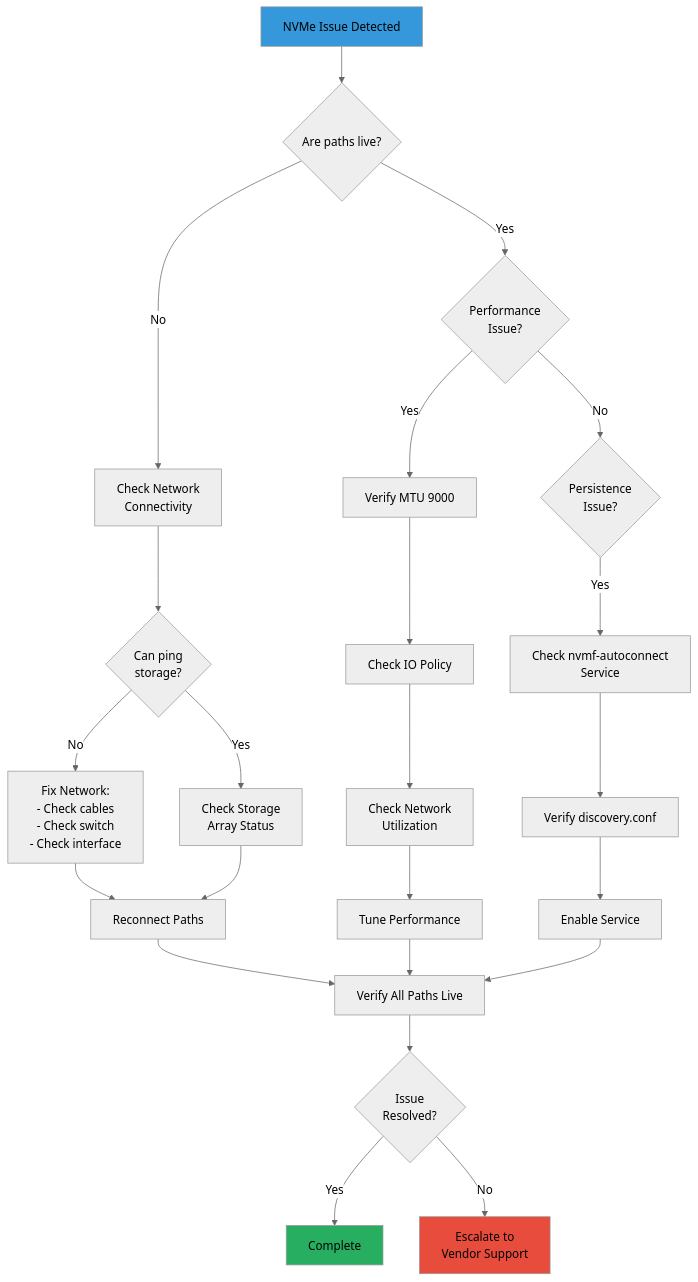
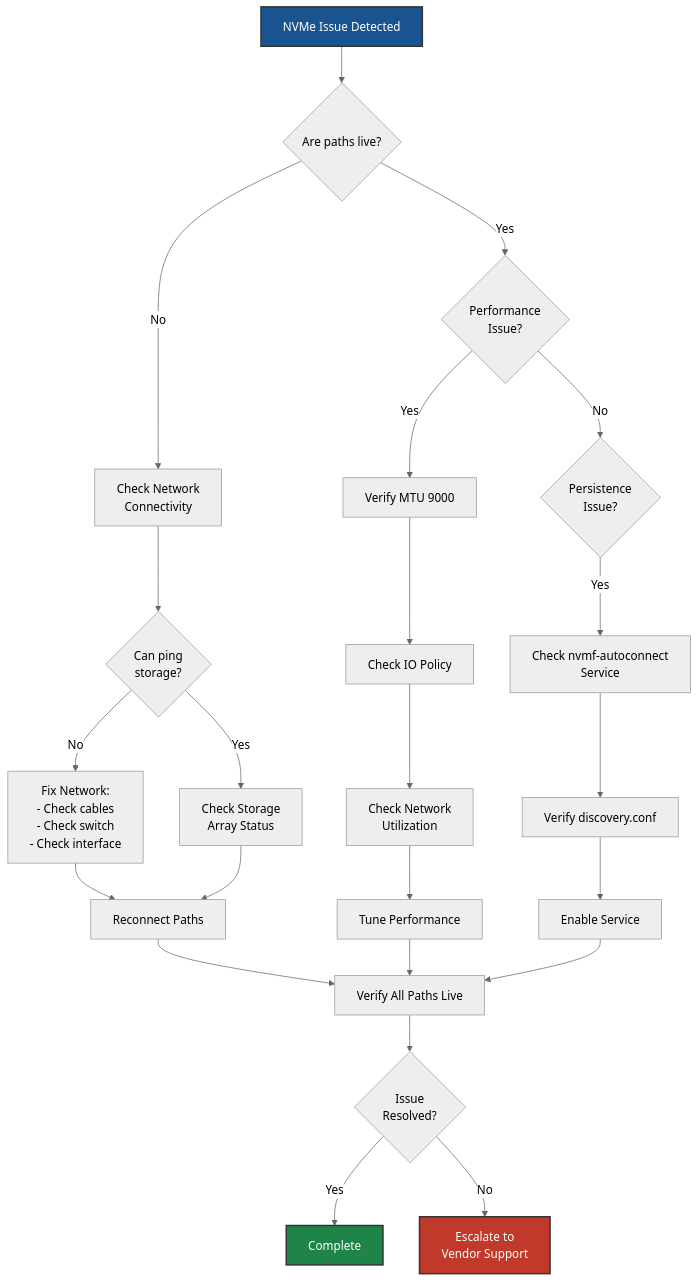
The eighth of 8 diagrams in Proxmox/nvme-tcp/BEST-PRACTICES.md (khensler/Quickstart-Guides), drawn with Mermaid (neutral theme) before and after one commit. The commit also changed other lines of this file and 106 other files, not shown here.

````diff
--- a/Proxmox/nvme-tcp/BEST-PRACTICES.md
+++ b/Proxmox/nvme-tcp/BEST-PRACTICES.md
@@ -1738,39 +1789,39 @@
 ```mermaid
 graph TD
     START[NVMe Issue Detected]
 
     START --> CHECK_PATHS{Are paths live?}
 
     CHECK_PATHS -->|No| CHECK_NET[Check Network<br/>Connectivity]
     CHECK_NET --> PING{Can ping<br/>storage?}
     PING -->|No| FIX_NET[Fix Network:<br/>- Check cables<br/>- Check switch<br/>- Check interface]
     PING -->|Yes| CHECK_STORAGE[Check Storage<br/>Array Status]
 
     CHECK_PATHS -->|Yes| CHECK_PERF{Performance<br/>Issue?}
 
     CHECK_PERF -->|Yes| CHECK_MTU[Verify MTU 9000]
     CHECK_MTU --> CHECK_IOPOLICY[Check IO Policy]
     CHECK_IOPOLICY --> CHECK_LOAD[Check Network<br/>Utilization]
 
     CHECK_PERF -->|No| CHECK_PERSIST{Persistence<br/>Issue?}
 
     CHECK_PERSIST -->|Yes| CHECK_SERVICE[Check nvmf-autoconnect<br/>Service]
     CHECK_SERVICE --> CHECK_CONFIG[Verify discovery.conf]
 
     FIX_NET --> RECONNECT[Reconnect Paths]
     CHECK_STORAGE --> RECONNECT
     CHECK_LOAD --> TUNE[Tune Performance]
     CHECK_CONFIG --> ENABLE_SERVICE[Enable Service]
 
     RECONNECT --> VERIFY[Verify All Paths Live]
     TUNE --> VERIFY
     ENABLE_SERVICE --> VERIFY
 
     VERIFY --> RESOLVED{Issue<br/>Resolved?}
     RESOLVED -->|Yes| END[Complete]
     RESOLVED -->|No| ESCALATE[Escalate to<br/>Vendor Support]
 
-    style START fill:#3498db
-    style END fill:#27ae60
-    style ESCALATE fill:#e74c3c
+    style START fill:#1a5490,stroke:#333,stroke-width:2px,color:#fff
+    style END fill:#1e8449,stroke:#333,stroke-width:2px,color:#fff
+    style ESCALATE fill:#c0392b,stroke:#333,stroke-width:2px,color:#fff
 ```
````
